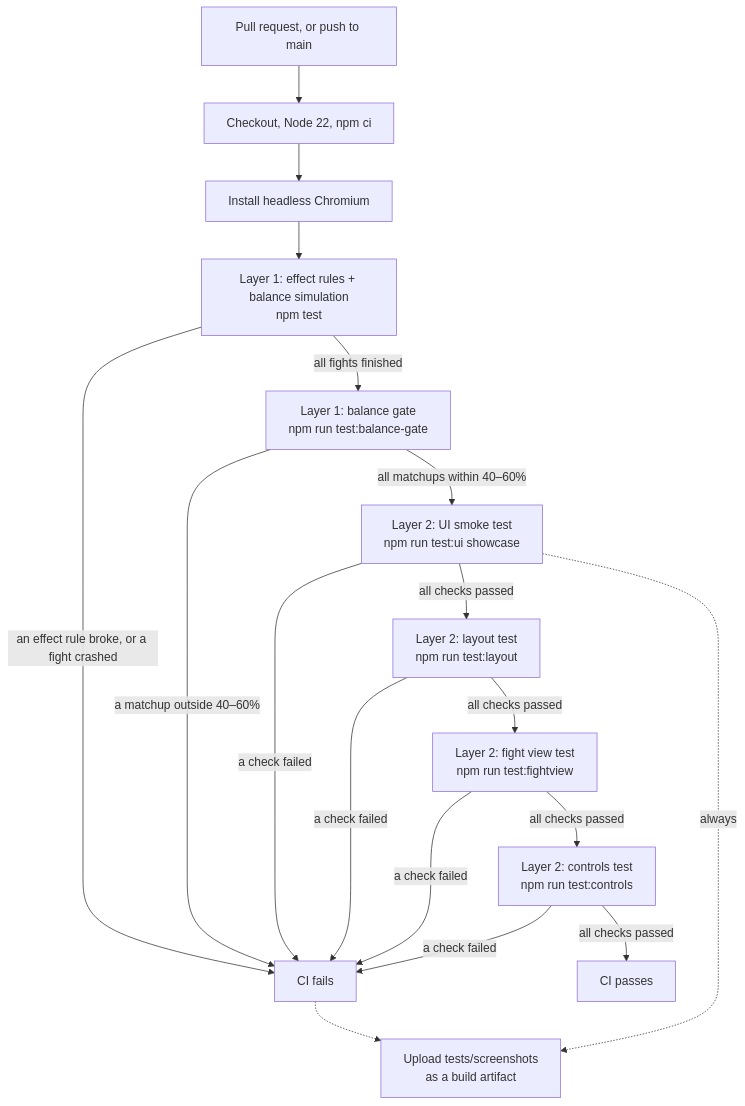
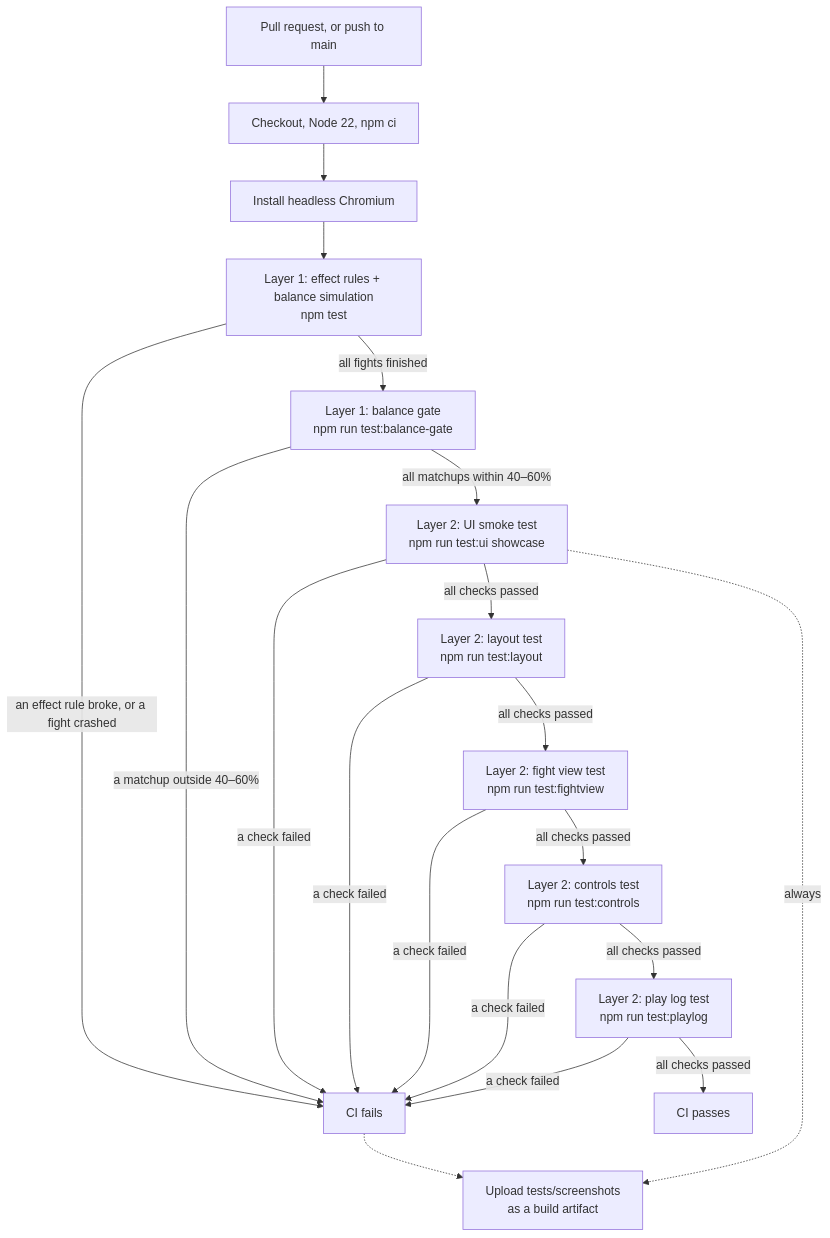
One commit to Heaxyle/drake-arena changed the diagram in TESTING.md. Above: the diagram before and after it, drawn with Mermaid. The commit also changed other lines of this file and 7 other files, not shown here.

First line of the commit message:
Play log: fights, title rolls, element changes and !черга in IndexedDB; exportPlayLog() and clearPlayLog() (#20)

````diff
--- a/TESTING.md
+++ b/TESTING.md
@@ -12,20 +12,22 @@
 ```mermaid
 flowchart TD
     A[Pull request, or push to main] --> B[Checkout, Node 22, npm ci]
     B --> C[Install headless Chromium]
     C --> D["Layer 1: effect rules + balance simulation<br/>npm test"]
     D -->|an effect rule broke, or a fight crashed| X[CI fails]
     D -->|all fights finished| G["Layer 1: balance gate<br/>npm run test:balance-gate"]
     G -->|a matchup outside 40–60%| X
     G -->|all matchups within 40–60%| E["Layer 2: UI smoke test<br/>npm run test:ui showcase"]
     E -->|a check failed| X
     E -->|all checks passed| L["Layer 2: layout test<br/>npm run test:layout"]
     L -->|a check failed| X
     L -->|all checks passed| V["Layer 2: fight view test<br/>npm run test:fightview"]
     V -->|a check failed| X
     V -->|all checks passed| K["Layer 2: controls test<br/>npm run test:controls"]
     K -->|a check failed| X
-    K -->|all checks passed| P[CI passes]
+    K -->|all checks passed| PL["Layer 2: play log test<br/>npm run test:playlog"]
+    PL -->|a check failed| X
+    PL -->|all checks passed| P[CI passes]
     E -.->|always| S[Upload tests/screenshots<br/>as a build artifact]
     X -.-> S
 ```
````
